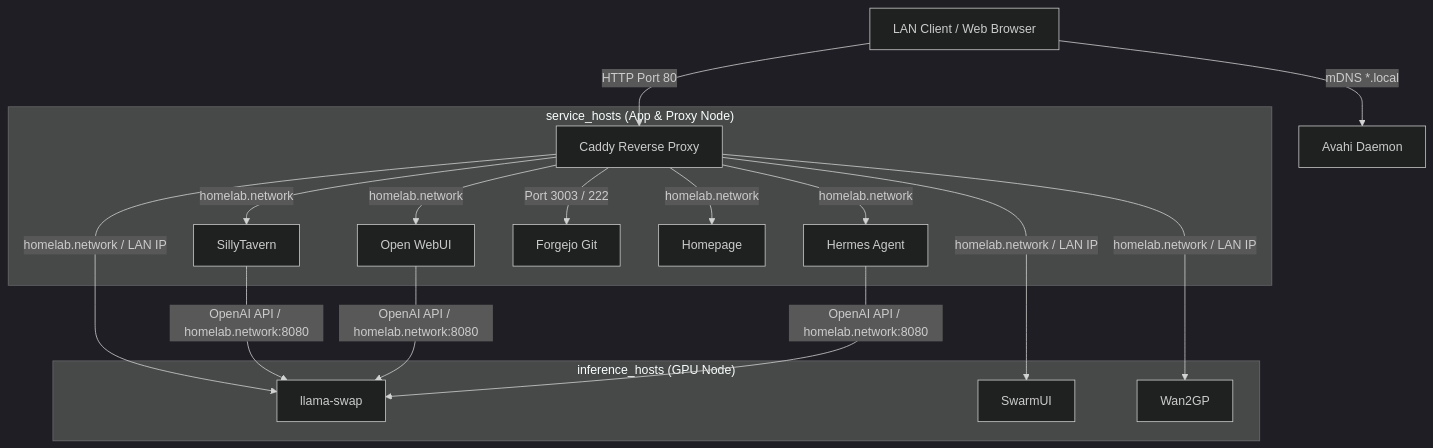
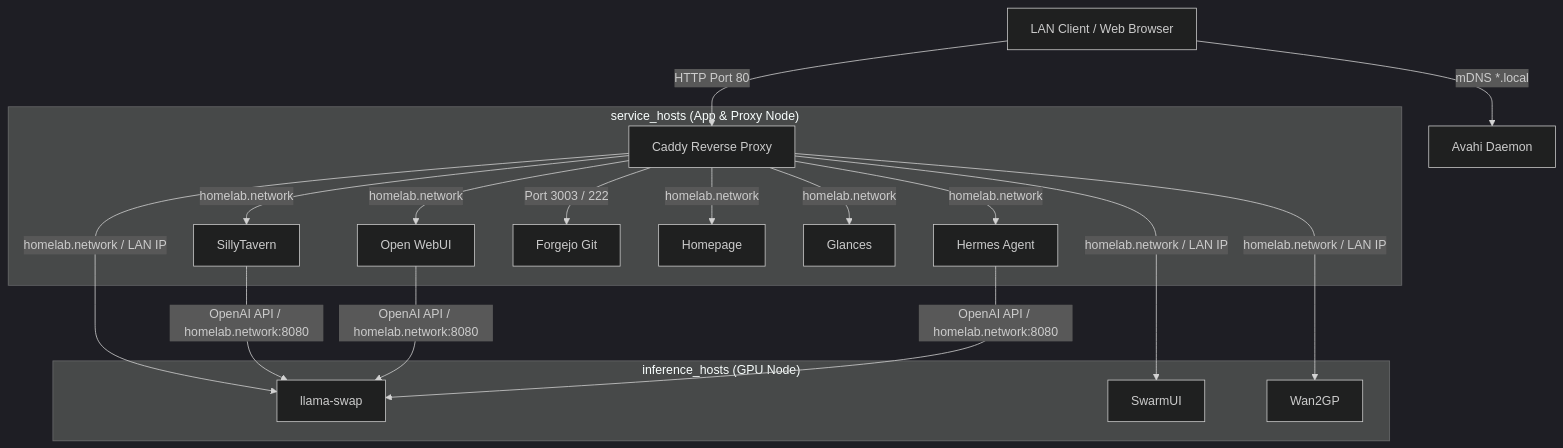
Before and after one commit to Darkkal/homelab: the diagram in docs/architecture.md, drawn with Mermaid (dark theme). The commit also changed other lines of this file and 2 other files, not shown here.

Commit message:
docs(glances): document glances host resource monitoring

````diff
--- a/docs/architecture.md
+++ b/docs/architecture.md
@@ -23,23 +23,24 @@
 ```mermaid
 graph TD
     Client[LAN Client / Web Browser] -->|mDNS *.local| Avahi[Avahi Daemon]
     Client -->|HTTP Port 80| Caddy[Caddy Reverse Proxy]
     
     subgraph service_hosts ["service_hosts (App & Proxy Node)"]
         Caddy -->|homelab.network| SillyTavern[SillyTavern]
         Caddy -->|homelab.network| OpenWebUI[Open WebUI]
         Caddy -->|homelab.network| Hermes[Hermes Agent]
         Caddy -->|Port 3003 / 222| Forgejo[Forgejo Git]
         Caddy -->|homelab.network| Homepage[Homepage]
+        Caddy -->|homelab.network| Glances[Glances]
     end
 
     subgraph inference_hosts ["inference_hosts (GPU Node)"]
         Caddy -->|homelab.network / LAN IP| LlamaSwap[llama-swap]
         Caddy -->|homelab.network / LAN IP| SwarmUI[SwarmUI]
         Caddy -->|homelab.network / LAN IP| Wan2GP[Wan2GP]
     end
 
     SillyTavern -->|OpenAI API / homelab.network:8080| LlamaSwap
     OpenWebUI -->|OpenAI API / homelab.network:8080| LlamaSwap
     Hermes -->|OpenAI API / homelab.network:8080| LlamaSwap
 ```
````
